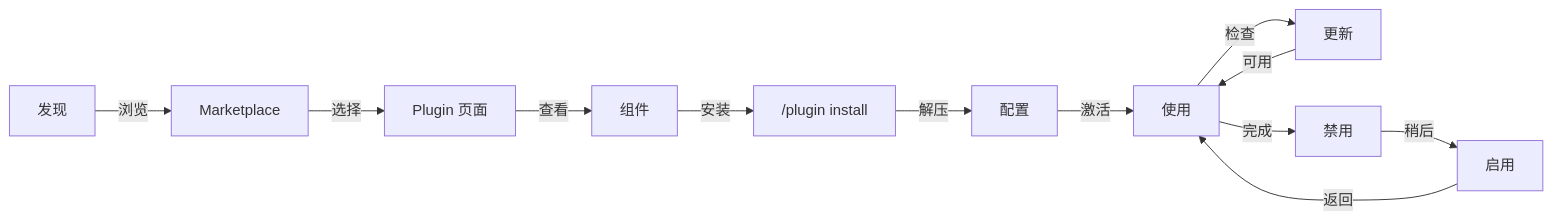
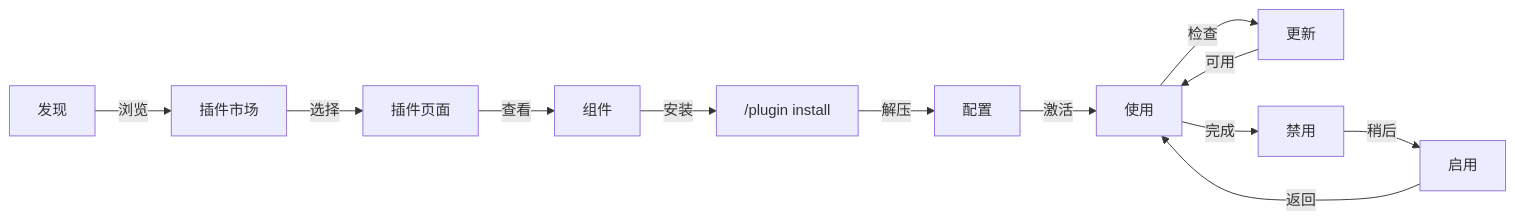
The fourth of 5 diagrams in 07-plugins/README.md (wgqi1126/claude-howto-zh-cn), drawn with Mermaid before and after one commit. The commit also changed other lines of this file and 58 other files, not shown here.

````diff
--- a/07-plugins/README.md
+++ b/07-plugins/README.md
@@ -597,14 +597,14 @@
 ```mermaid
 graph LR
-    A["发现"] -->|浏览| B["Marketplace"]
-    B -->|选择| C["Plugin 页面"]
+    A["发现"] -->|浏览| B["插件市场"]
+    B -->|选择| C["插件页面"]
     C -->|查看| D["组件"]
     D -->|安装| E["/plugin install"]
     E -->|解压| F["配置"]
     F -->|激活| G["使用"]
     G -->|检查| H["更新"]
     H -->|可用| G
     G -->|完成| I["禁用"]
     I -->|稍后| J["启用"]
     J -->|返回| G
 ```
````
